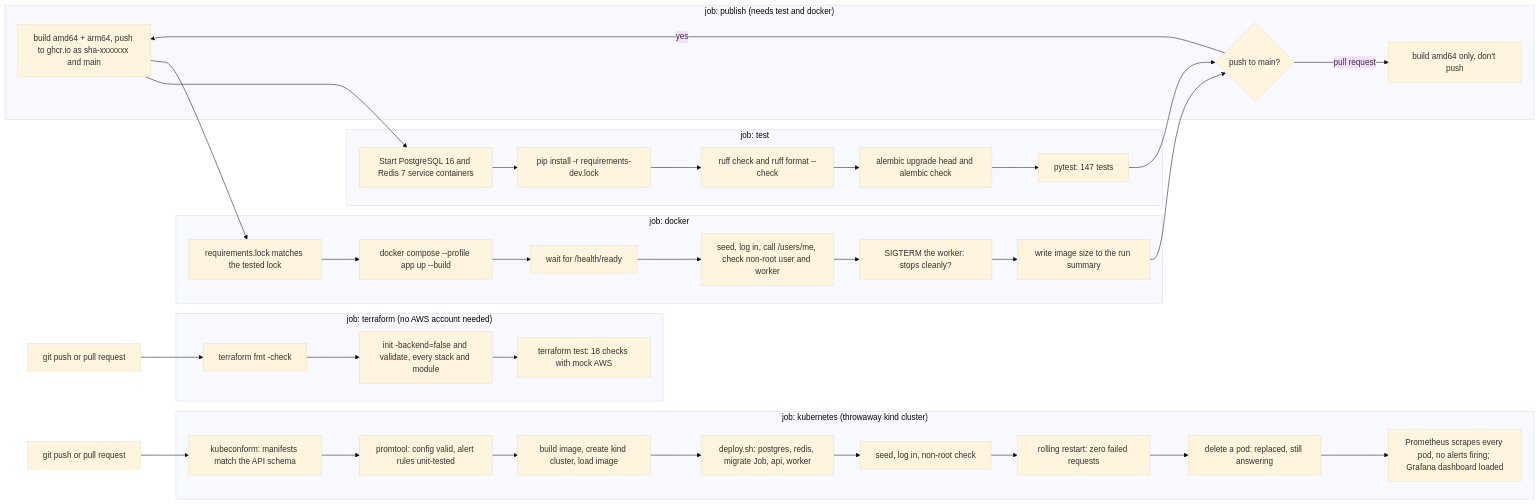
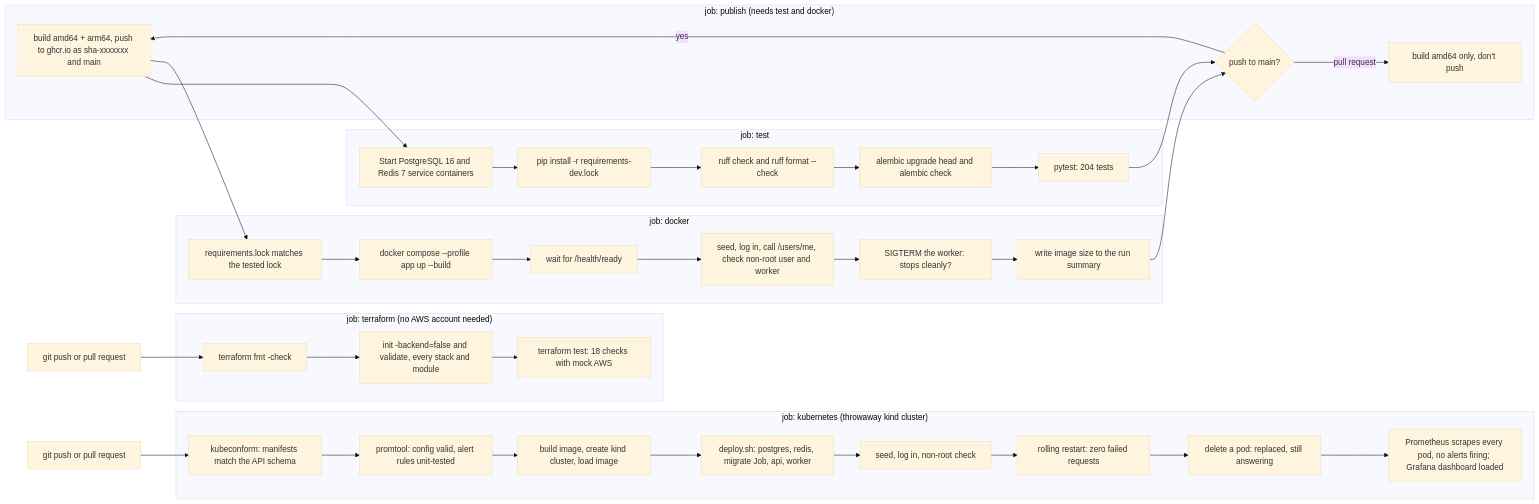
Before and after one commit to revant123/QuickServe: the seventh of 18 diagrams in README.md, drawn with Mermaid (base theme). The commit also changed other lines of this file, not shown here.

First line of the commit message:
README: Phase 11 pricing Q&A, data model, roadmap 11-16, references

````diff
--- a/README.md
+++ b/README.md
@@ -499,47 +531,47 @@
 ```mermaid
 flowchart LR
     push["git push or pull request"] --> pg
     push --> lock
 
     subgraph test["job: test"]
         pg["Start PostgreSQL 16 and Redis 7 service containers"] --> inst["pip install -r requirements-dev.lock"]
         inst --> lint["ruff check and ruff format --check"]
         lint --> mig["alembic upgrade head and alembic check"]
-        mig --> pyt["pytest: 147 tests"]
+        mig --> pyt["pytest: 204 tests"]
     end
 
     subgraph docker["job: docker"]
         lock["requirements.lock matches the tested lock"] --> build["docker compose --profile app up --build"]
         build --> ready["wait for /health/ready"]
         ready --> smoke["seed, log in, call /users/me, check non-root user and worker"]
         smoke --> stop["SIGTERM the worker: stops cleanly?"]
         stop --> size["write image size to the run summary"]
     end
 
     pyt --> pub
     size --> pub
 
     subgraph publish["job: publish (needs test and docker)"]
         pub{"push to main?"} -->|"yes"| push["build amd64 + arm64, push to ghcr.io as sha-xxxxxxx and main"]
         pub -->|"pull request"| only["build amd64 only, don't push"]
     end
 
     push2["git push or pull request"] --> tf
 
     subgraph terraform["job: terraform (no AWS account needed)"]
         tf["terraform fmt -check"] --> val["init -backend=false and validate, every stack and module"]
         val --> tftest["terraform test: 18 checks with mock AWS"]
     end
 
     push3["git push or pull request"] --> kc
 
     subgraph kubernetes["job: kubernetes (throwaway kind cluster)"]
         kc["kubeconform: manifests match the API schema"] --> kp["promtool: config valid, alert rules unit-tested"]
         kp --> kb["build image, create kind cluster, load image"]
         kb --> kd["deploy.sh: postgres, redis, migrate Job, api, worker"]
         kd --> ks["seed, log in, non-root check"]
         ks --> kr["rolling restart: zero failed requests"]
         kr --> kh["delete a pod: replaced, still answering"]
         kh --> km["Prometheus scrapes every pod, no alerts firing; Grafana dashboard loaded"]
     end
 ```
````
